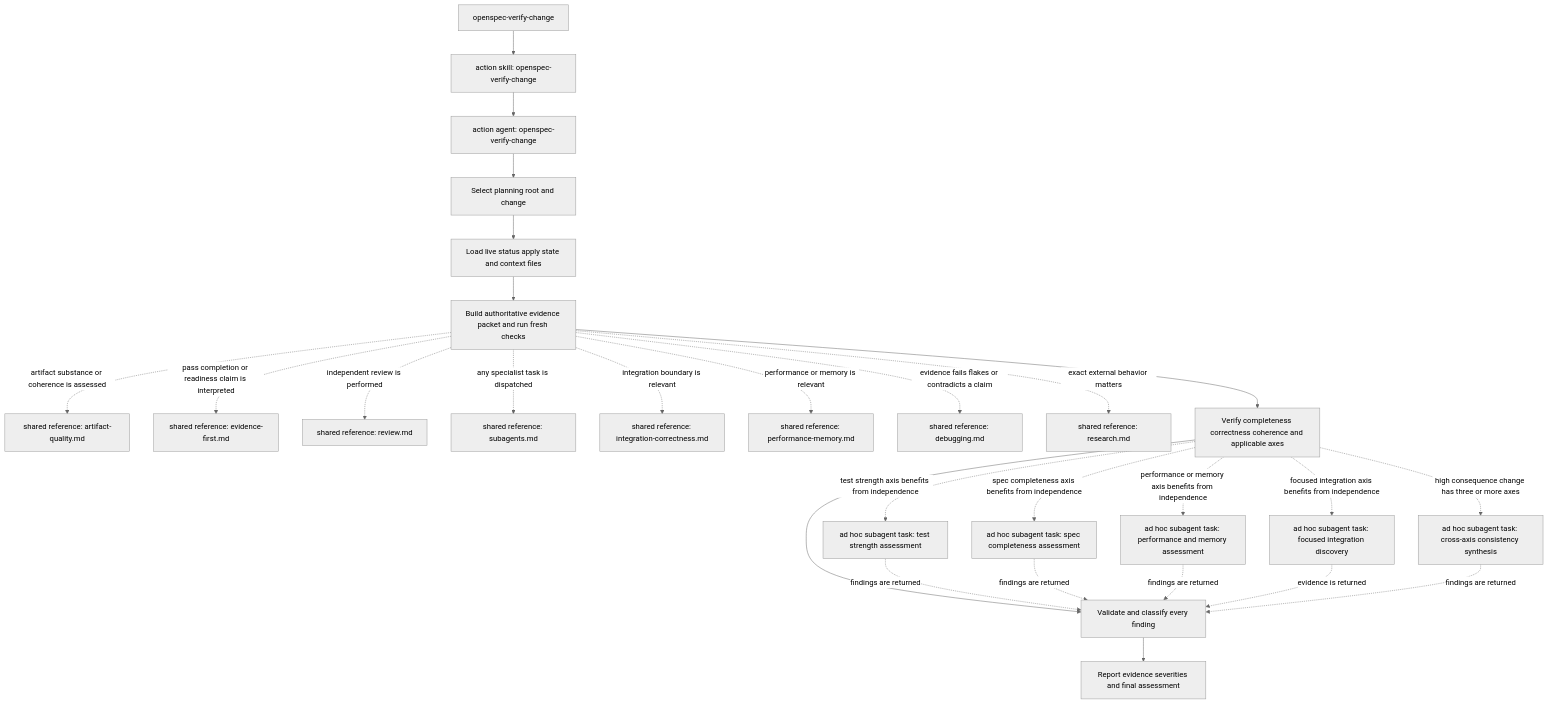
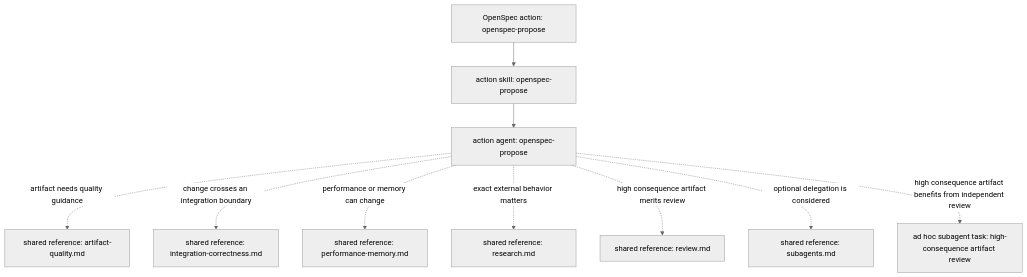
Before and after one commit to rashtao/codex-openspec-setup: diagram 20 of 26 in release/USER_GUIDE.md, drawn with Mermaid (neutral theme). The commit also changed other lines of this file and 1 other file, not shown here.

Commit message:
simplified diagrams

````diff
--- a/release/USER_GUIDE.md
+++ b/release/USER_GUIDE.md
@@ -802,51 +578,22 @@
 ```mermaid
 flowchart TD
-action["openspec-verify-change"]
-skill["action skill: openspec-verify-change"]
-agent["action agent: openspec-verify-change"]
-select["Select planning root and change"]
-live["Load live status apply state and context files"]
-evidence["Build authoritative evidence packet and run fresh checks"]
-artifactRef["shared reference: artifact-quality.md"]
-evidenceRef["shared reference: evidence-first.md"]
+action["OpenSpec action: openspec-propose"]
+skill["action skill: openspec-propose"]
+agent["action agent: openspec-propose"]
+reviewTask["ad hoc subagent task: high-consequence artifact review"]
+artifactQualityRef["shared reference: artifact-quality.md"]
+integrationCorrectnessRef["shared reference: integration-correctness.md"]
+performanceMemoryRef["shared reference: performance-memory.md"]
+researchRef["shared reference: research.md"]
 reviewRef["shared reference: review.md"]
 subagentsRef["shared reference: subagents.md"]
-integrationRef["shared reference: integration-correctness.md"]
-performanceRef["shared reference: performance-memory.md"]
-debugRef["shared reference: debugging.md"]
-researchRef["shared reference: research.md"]
-axes["Verify completeness correctness coherence and applicable axes"]
-testsTask["ad hoc subagent task: test strength assessment"]
-specTask["ad hoc subagent task: spec completeness assessment"]
-performanceTask["ad hoc subagent task: performance and memory assessment"]
-integrationTask["ad hoc subagent task: focused integration discovery"]
-consistencyTask["ad hoc subagent task: cross-axis consistency synthesis"]
-findings["Validate and classify every finding"]
-report["Report evidence severities and final assessment"]
 action --> skill
 skill --> agent
-agent --> select
-select --> live
-live --> evidence
-evidence -. artifact substance or coherence is assessed .-> artifactRef
-evidence -. pass completion or readiness claim is interpreted .-> evidenceRef
-evidence -. independent review is performed .-> reviewRef
-evidence -. any specialist task is dispatched .-> subagentsRef
-evidence -. integration boundary is relevant .-> integrationRef
-evidence -. performance or memory is relevant .-> performanceRef
-evidence -. evidence fails flakes or contradicts a claim .-> debugRef
-evidence -. exact external behavior matters .-> researchRef
-evidence --> axes
-axes -. test strength axis benefits from independence .-> testsTask
-axes -. spec completeness axis benefits from independence .-> specTask
-axes -. performance or memory axis benefits from independence .-> performanceTask
-axes -. focused integration axis benefits from independence .-> integrationTask
-axes -. high consequence change has three or more axes .-> consistencyTask
-axes --> findings
-testsTask -. findings are returned .-> findings
-specTask -. findings are returned .-> findings
-performanceTask -. findings are returned .-> findings
-integrationTask -. evidence is returned .-> findings
-consistencyTask -. findings are returned .-> findings
-findings --> report
+agent -. artifact needs quality guidance .-> artifactQualityRef
+agent -. change crosses an integration boundary .-> integrationCorrectnessRef
+agent -. performance or memory can change .-> performanceMemoryRef
+agent -. exact external behavior matters .-> researchRef
+agent -. high consequence artifact merits review .-> reviewRef
+agent -. optional delegation is considered .-> subagentsRef
+agent -. high consequence artifact benefits from independent review .-> reviewTask
 ```
````
